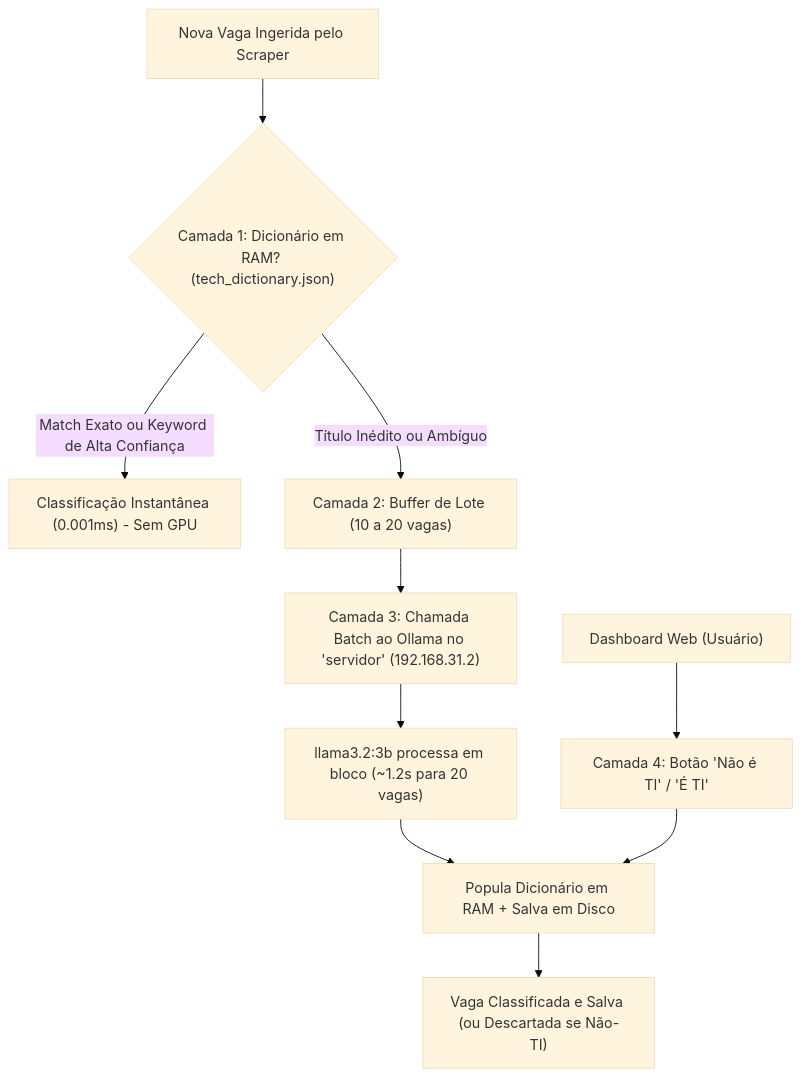
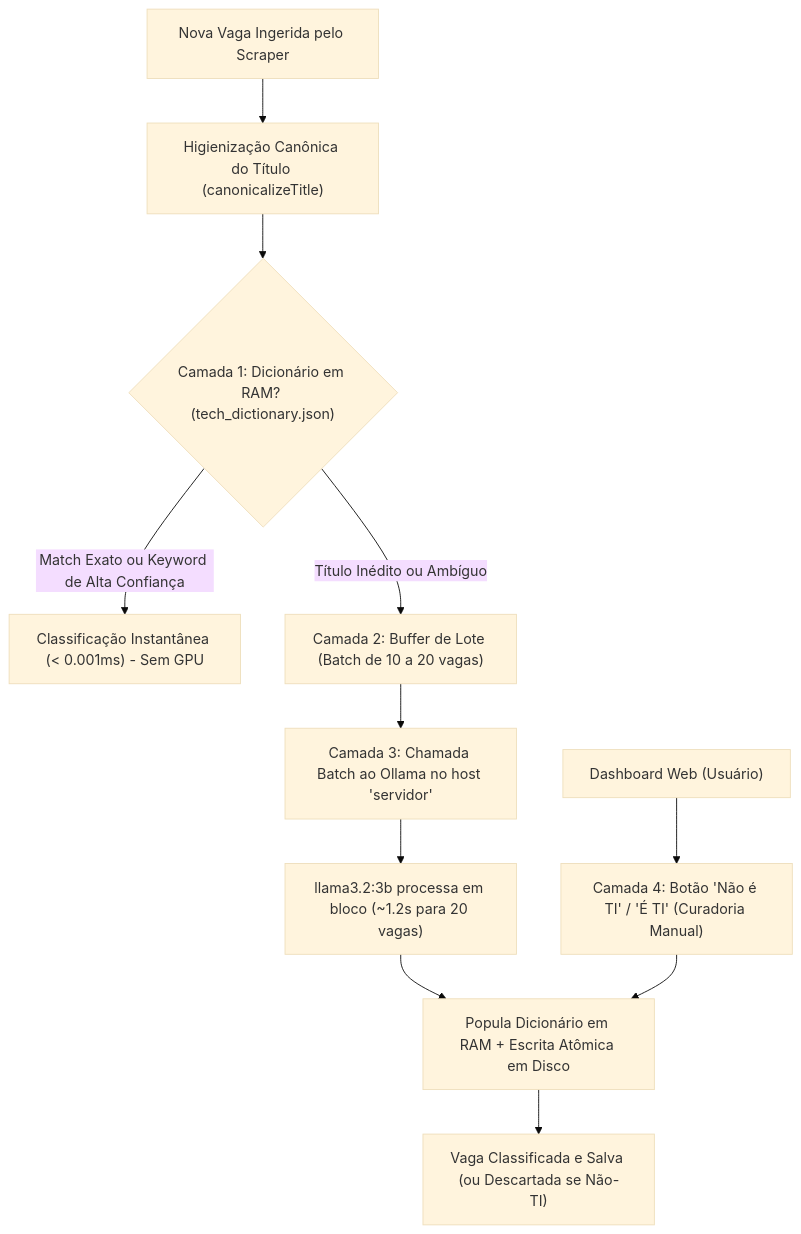
The diagram in docs/plans/TECH_CLASSIFIER_ACTIVE_LEARNING_PLAN.md (ApenasGabs/JobsFinder-client), drawn with Mermaid (base theme) before and after one commit. The commit also changed other lines of this file and 1 other file, not shown here.

Commit message:
docs: add critical safeguards to tech classifier plan and sanitize host aliases

````diff
--- a/docs/plans/TECH_CLASSIFIER_ACTIVE_LEARNING_PLAN.md
+++ b/docs/plans/TECH_CLASSIFIER_ACTIVE_LEARNING_PLAN.md
@@ -28,16 +29,17 @@
 ```mermaid
 flowchart TD
-    A["Nova Vaga Ingerida pelo Scraper"] --> B{"Camada 1: Dicionário em RAM? (tech_dictionary.json)"}
+    A["Nova Vaga Ingerida pelo Scraper"] --> B["Higienização Canônica do Título (canonicalizeTitle)"]
+    B --> C{"Camada 1: Dicionário em RAM? (tech_dictionary.json)"}
     
-    B -- "Match Exato ou Keyword de Alta Confiança" --> C["Classificação Instantânea (0.001ms) - Sem GPU"]
+    C -- "Match Exato ou Keyword de Alta Confiança" --> D["Classificação Instantânea (< 0.001ms) - Sem GPU"]
     
-    B -- "Título Inédito ou Ambíguo" --> D["Camada 2: Buffer de Lote (10 a 20 vagas)"]
-    D --> E["Camada 3: Chamada Batch ao Ollama no 'servidor' (192.168.31.2)"]
-    E --> F["llama3.2:3b processa em bloco (~1.2s para 20 vagas)"]
+    C -- "Título Inédito ou Ambíguo" --> E["Camada 2: Buffer de Lote (Batch de 10 a 20 vagas)"]
+    E --> F["Camada 3: Chamada Batch ao Ollama no host 'servidor'"]
+    F --> G["llama3.2:3b processa em bloco (~1.2s para 20 vagas)"]
     
-    F --> G["Popula Dicionário em RAM + Salva em Disco"]
-    G --> H["Vaga Classificada e Salva (ou Descartada se Não-TI)"]
+    G --> H["Popula Dicionário em RAM + Escrita Atômica em Disco"]
+    H --> I["Vaga Classificada e Salva (ou Descartada se Não-TI)"]
     
-    I["Dashboard Web (Usuário)"] --> J["Camada 4: Botão 'Não é TI' / 'É TI'"]
-    J --> G
+    J["Dashboard Web (Usuário)"] --> K["Camada 4: Botão 'Não é TI' / 'É TI' (Curadoria Manual)"]
+    K --> H
 ```
````
